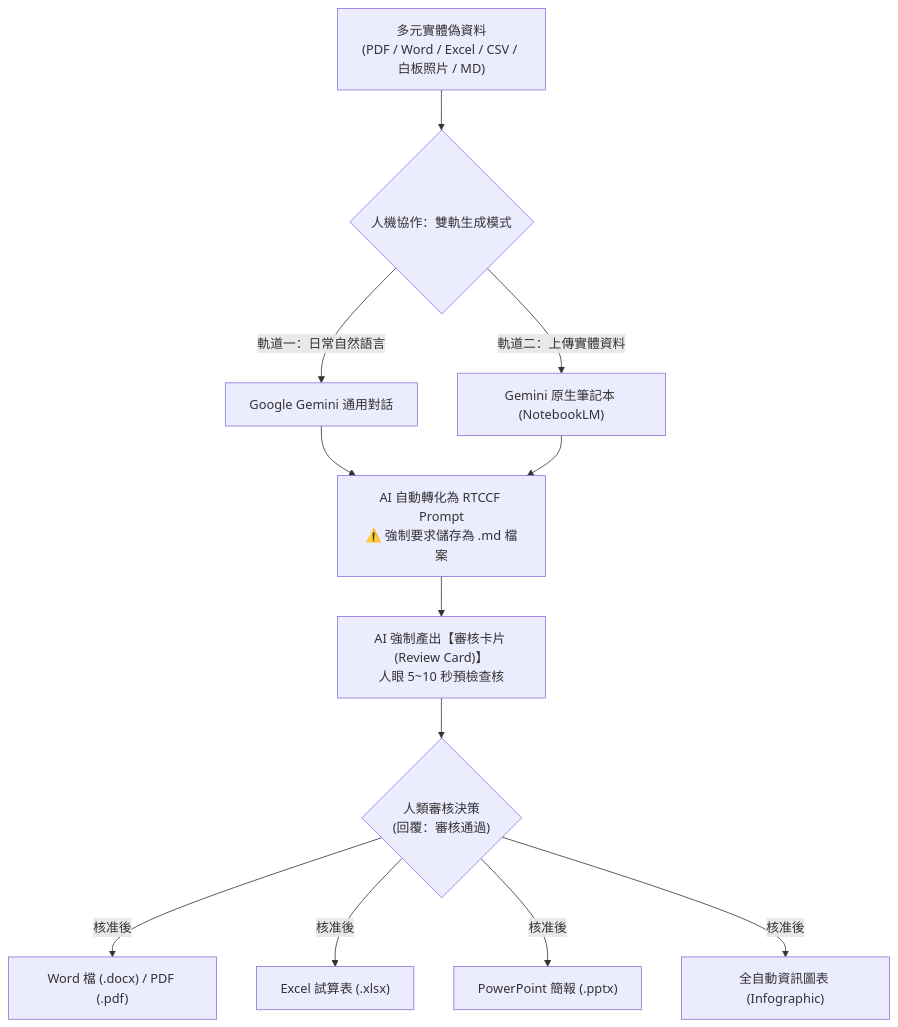
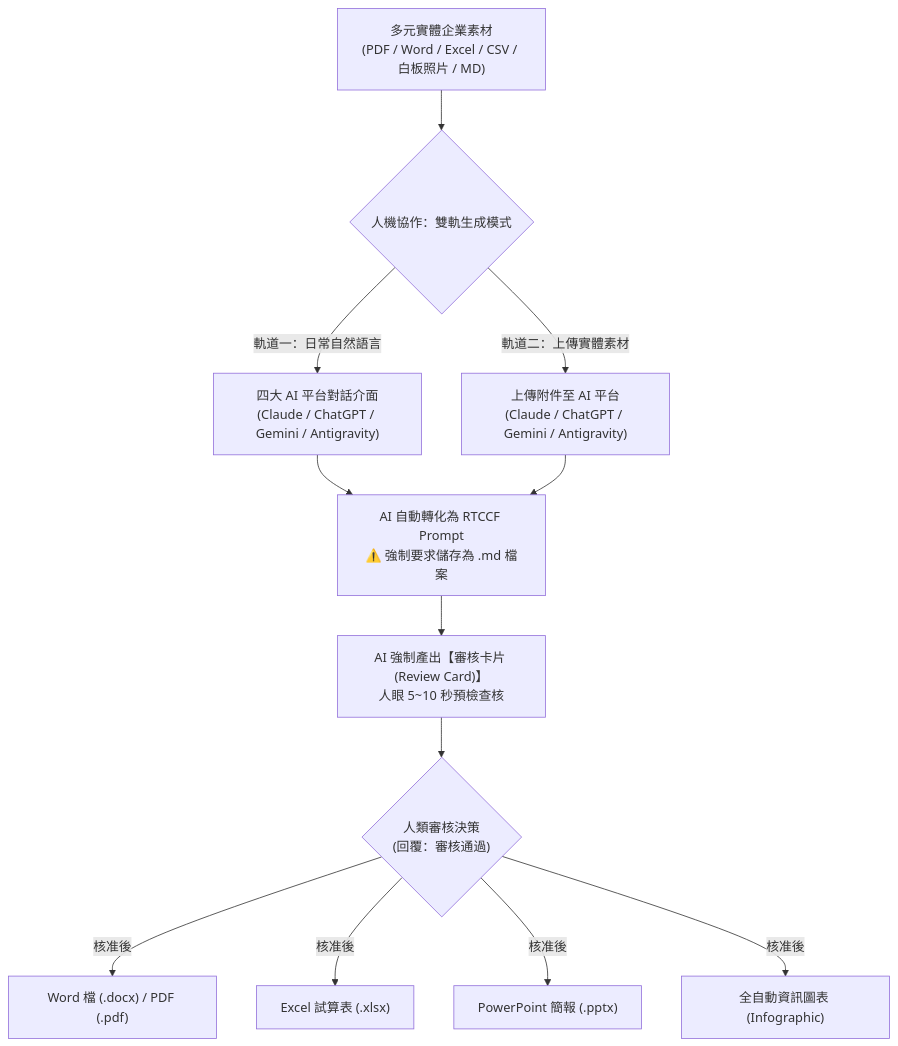
Before and after one commit to roberthsu2003/workflow-productivity: the second of 2 diagrams in 常見的AI應用/辦公室全能應用/README.md, drawn with Mermaid. The commit also changed other lines of this file and 9 other files, not shown here.

````diff
--- a/常見的AI應用/辦公室全能應用/README.md
+++ b/常見的AI應用/辦公室全能應用/README.md
@@ -85,16 +89,16 @@
 ```mermaid
 graph TD
-    A["多元實體偽資料<br>(PDF / Word / Excel / CSV / 白板照片 / MD)"] --> B{"人機協作：雙軌生成模式"}
+    A["多元實體企業素材<br>(PDF / Word / Excel / CSV / 白板照片 / MD)"] --> B{"人機協作：雙軌生成模式"}
     
-    B -->|"軌道一：日常自然語言"| C["Google Gemini 通用對話"]
-    B -->|"軌道二：上傳實體資料"| D["Gemini 原生筆記本 (NotebookLM)"]
+    B -->|"軌道一：日常自然語言"| C["四大 AI 平台對話介面<br>(Claude / ChatGPT / Gemini / Antigravity)"]
+    B -->|"軌道二：上傳實體素材"| D["上傳附件至 AI 平台<br>(Claude / ChatGPT / Gemini / Antigravity)"]
     
     C & D --> E["AI 自動轉化為 RTCCF Prompt<br>⚠️ 強制要求儲存為 .md 檔案"]
     E --> F["AI 強制產出【審核卡片 (Review Card)】<br>人眼 5~10 秒預檢查核"]
     F --> G{"人類審核決策<br>(回覆：審核通過)"}
     
     G -->|"核准後"| H["Word 檔 (.docx) / PDF (.pdf)"]
     G -->|"核准後"| I["Excel 試算表 (.xlsx)"]
     G -->|"核准後"| J["PowerPoint 簡報 (.pptx)"]
     G -->|"核准後"| K["全自動資訊圖表 (Infographic)"]
 ```
````
